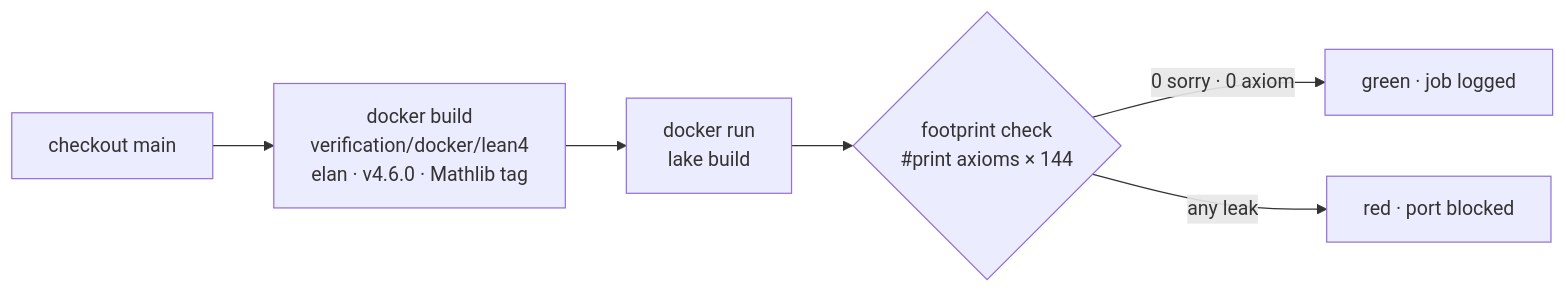
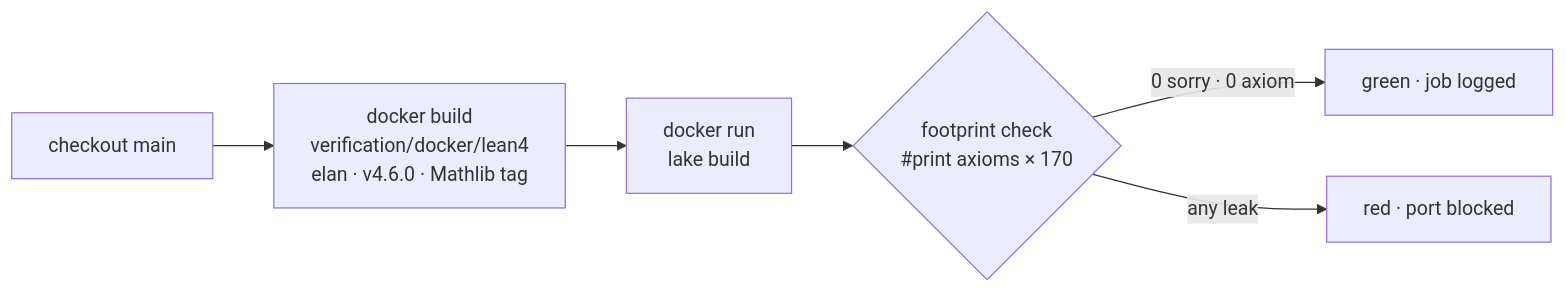
The fourth of 5 diagrams in verification/lean4/README.md (wild8highlander/Trivortex), drawn with Mermaid before and after one commit. The commit also changed other lines of this file and 42 other files, not shown here.

````diff
--- a/verification/lean4/README.md
+++ b/verification/lean4/README.md
@@ -565,8 +613,8 @@
 ```mermaid
 flowchart LR
     A["checkout main"] --> B["docker build<br/>verification/docker/lean4<br/>elan · v4.6.0 · Mathlib tag"]
     B --> C["docker run<br/>lake build"]
-    C --> D{"footprint check<br/>#print axioms × 144"}
+    C --> D{"footprint check<br/>#print axioms × 170"}
     D -->|"0 sorry · 0 axiom"| E["green · job logged"]
     D -->|"any leak"| F["red · port blocked"]
 ```
````
